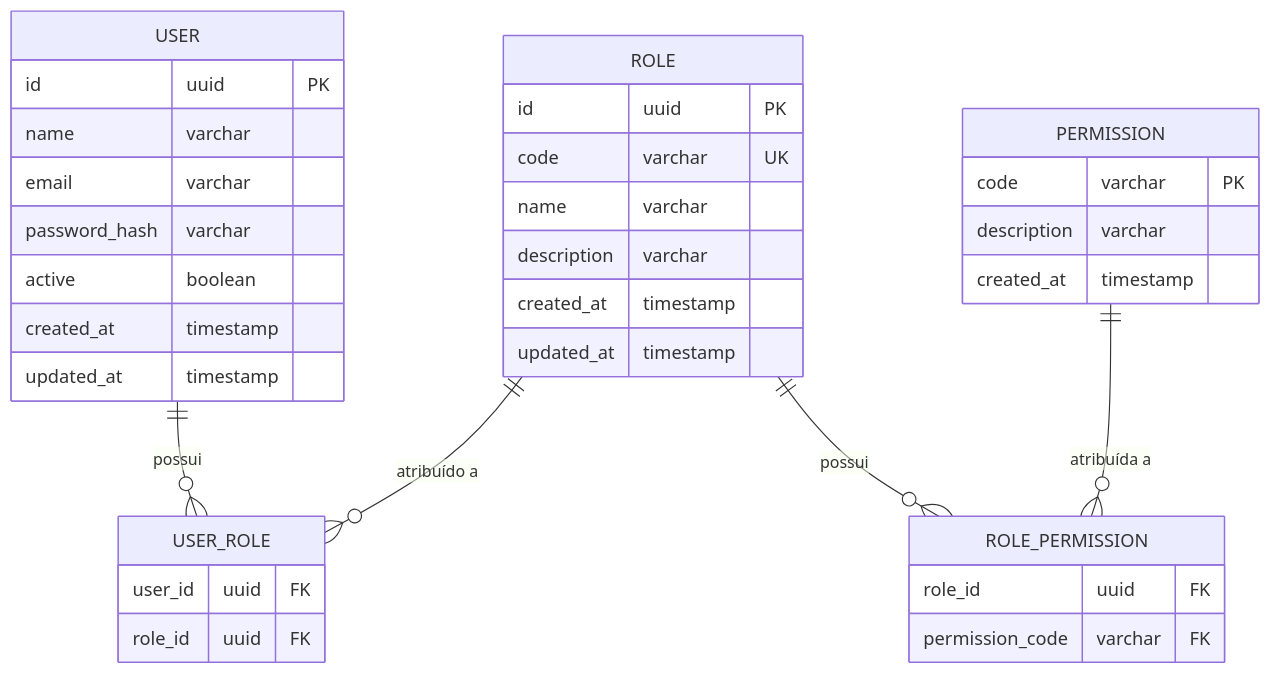
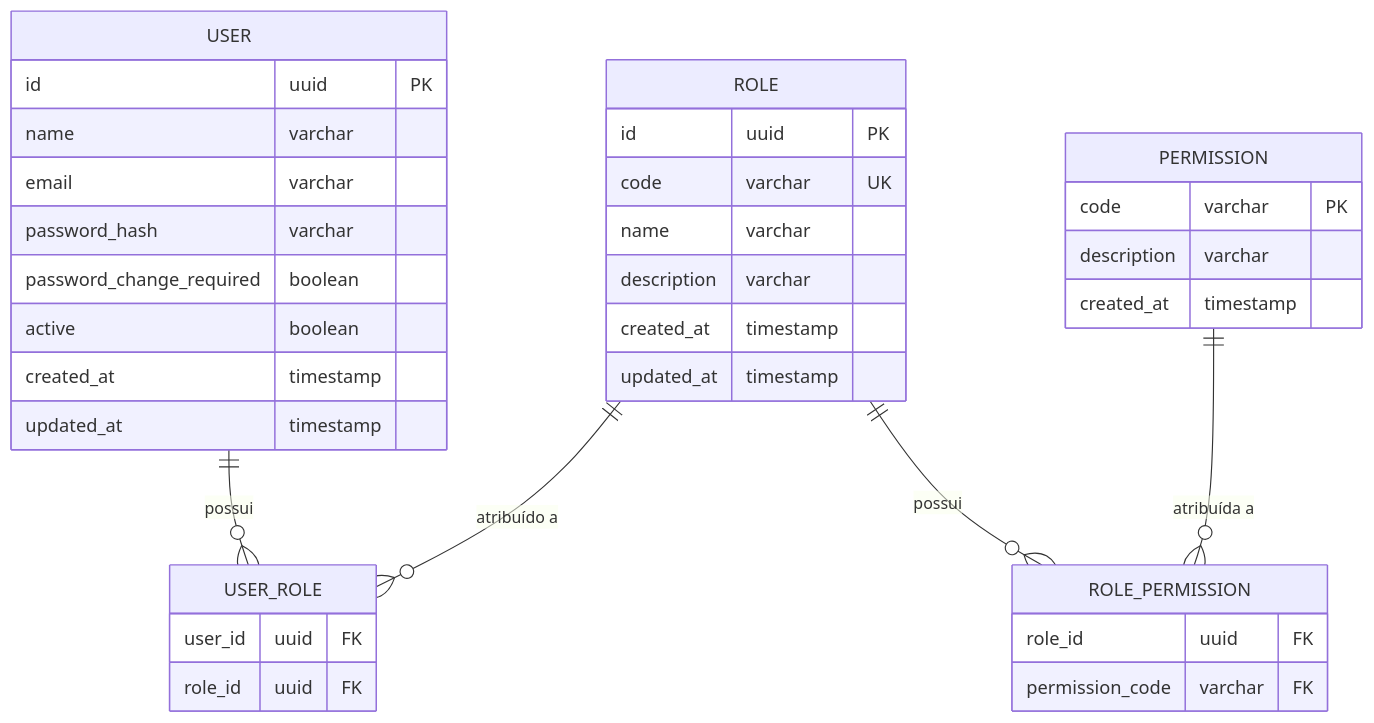
One commit to lucas-freitas-tech/afc-erp-docs changed the diagram in specs/identity/architecture.md. Above: the diagram before and after it, drawn with Mermaid. The commit also changed other lines of this file and 3 other files, not shown here.

````diff
--- a/specs/identity/architecture.md
+++ b/specs/identity/architecture.md
@@ -70,44 +71,45 @@
 ```mermaid
 erDiagram
 
     USER {
         id uuid PK
         name varchar
         email varchar
         password_hash varchar
+        password_change_required boolean
         active boolean
         created_at timestamp
         updated_at timestamp
     }
 
     ROLE {
         id uuid PK
         code varchar UK
         name varchar
         description varchar
         created_at timestamp
         updated_at timestamp
     }
 
     PERMISSION {
         code varchar PK
         description varchar
         created_at timestamp
     }
 
     USER_ROLE {
         user_id uuid FK
         role_id uuid FK
     }
 
     ROLE_PERMISSION {
         role_id uuid FK
         permission_code varchar FK
     }
 
     USER ||--o{ USER_ROLE : "possui"
     ROLE ||--o{ USER_ROLE : "atribuído a"
 
     ROLE ||--o{ ROLE_PERMISSION : "possui"
     PERMISSION ||--o{ ROLE_PERMISSION : "atribuída a"
 ```
````
